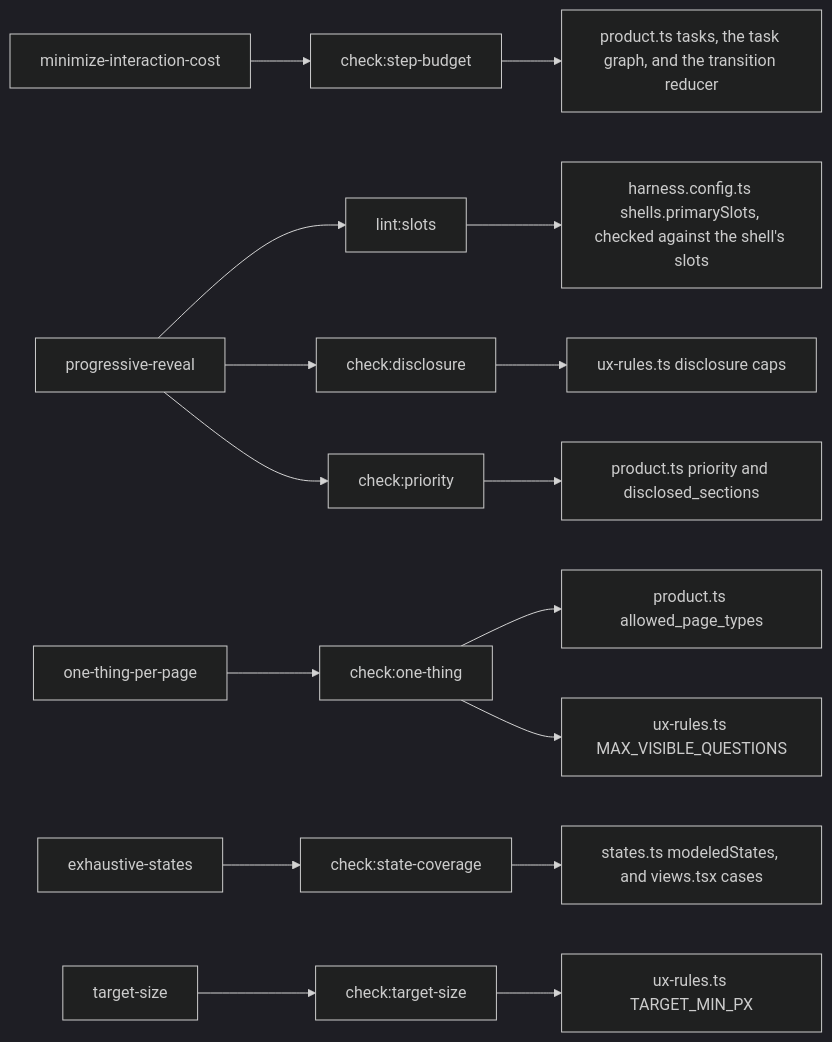
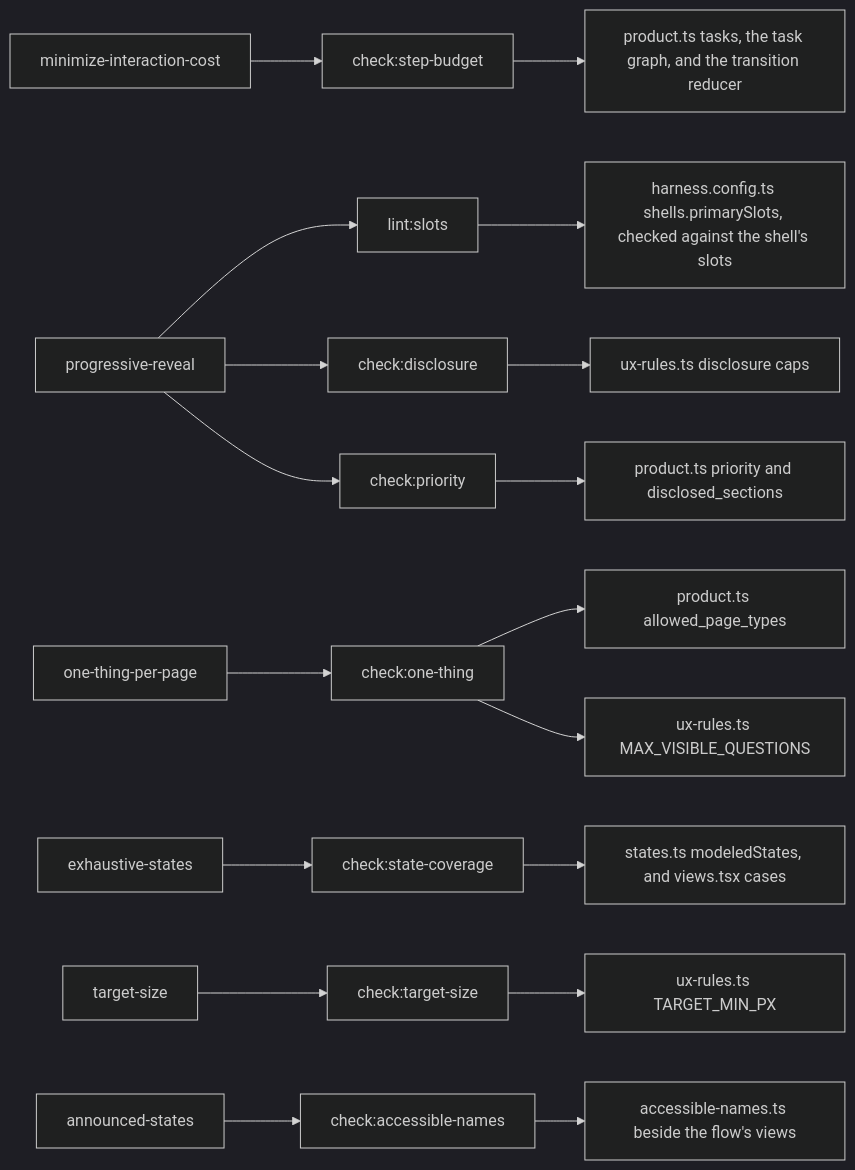
The second of 7 diagrams in packages/harness/docs/how-it-works.md (tounsoo/agent-design-loop), drawn with Mermaid (dark theme) before and after one commit. The commit also changed other lines of this file and 52 other files, not shown here.

````diff
--- a/packages/harness/docs/how-it-works.md
+++ b/packages/harness/docs/how-it-works.md
@@ -45,18 +45,20 @@
 ```mermaid
 flowchart LR
   cost["minimize-interaction-cost"] --> budget["check:step-budget"]
   budget --> tasks["product.ts tasks, the task graph, and the transition reducer"]
   reveal["progressive-reveal"] --> slots["lint:slots"]
   reveal --> disclosure["check:disclosure"]
   reveal --> priorityCheck["check:priority"]
   slots --> slotFile["harness.config.ts shells.primarySlots, checked against the shell's slots"]
   disclosure --> caps["ux-rules.ts disclosure caps"]
   priorityCheck --> ranks["product.ts priority and disclosed_sections"]
   one["one-thing-per-page"] --> oneCheck["check:one-thing"]
   oneCheck --> pageList["product.ts allowed_page_types"]
   oneCheck --> visible["ux-rules.ts MAX_VISIBLE_QUESTIONS"]
   statesRule["exhaustive-states"] --> coverage["check:state-coverage"]
   coverage --> modeled["states.ts modeledStates, and views.tsx cases"]
   size["target-size"] --> target["check:target-size"]
   target --> floor["ux-rules.ts TARGET_MIN_PX"]
+  announced["announced-states"] --> names["check:accessible-names"]
+  names --> declared["accessible-names.ts beside the flow's views"]
 ```
````
